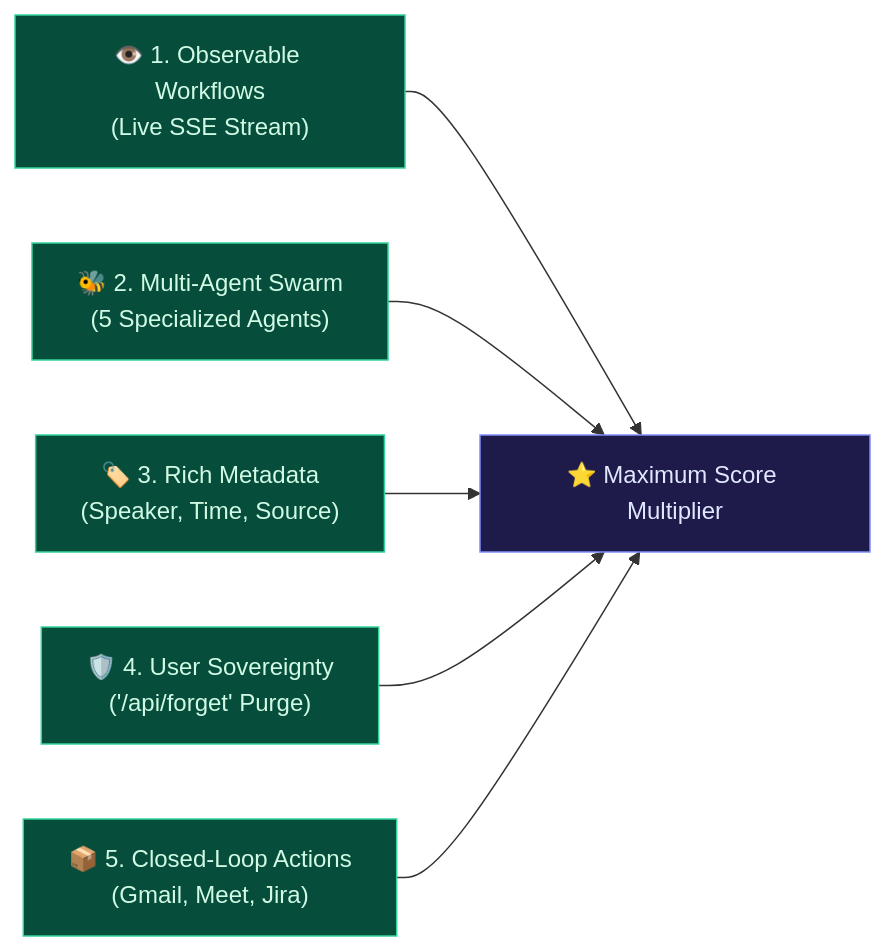
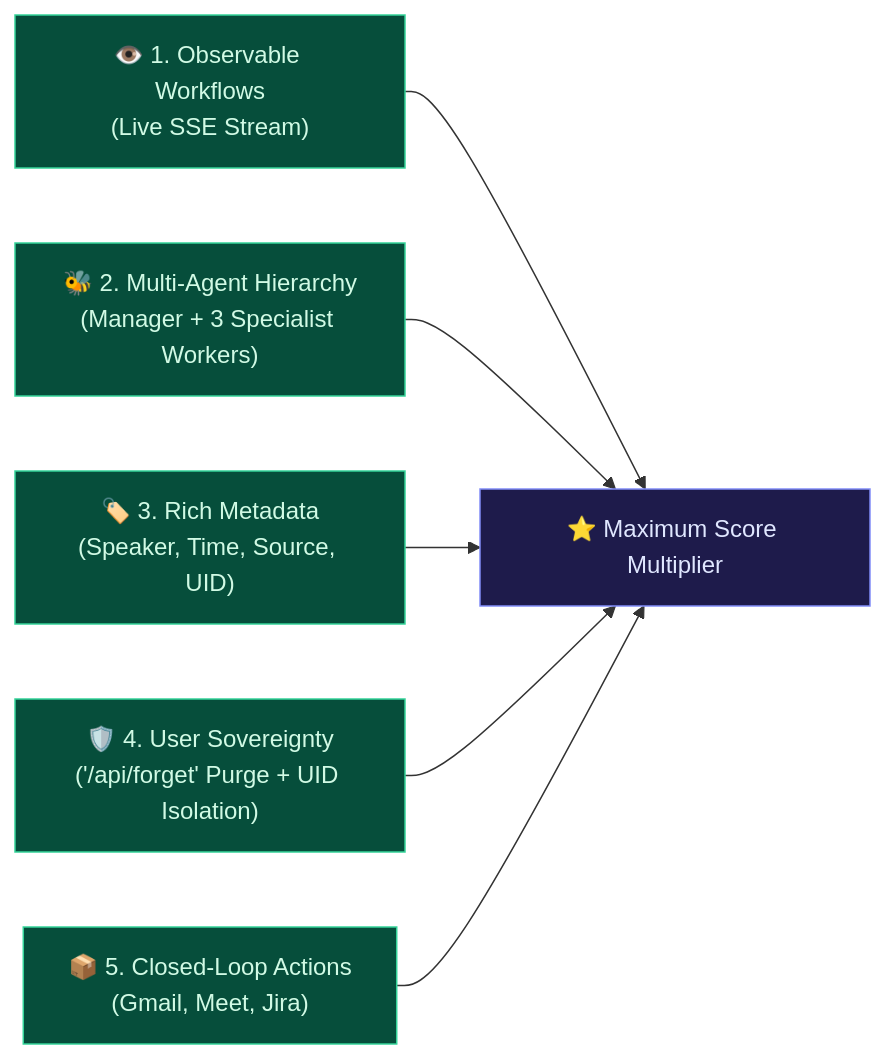
The diagram in docs/TRACK_1_ANALYSIS.md (masood-mashu/omimind-agent), drawn with Mermaid before and after one commit. The commit also changed other lines of this file and 14 other files, not shown here.

First line of the commit message:
feat(lyzr): integrate verified Lyzr Manager multi-agent hierarchy and async webhooks

````diff
--- a/docs/TRACK_1_ANALYSIS.md
+++ b/docs/TRACK_1_ANALYSIS.md
@@ -42,13 +41,13 @@
 ```mermaid
 flowchart LR
     A["👁️ 1. Observable Workflows<br/>(Live SSE Stream)"] --> Score["⭐ Maximum Score Multiplier"]
-    B["🐝 2. Multi-Agent Swarm<br/>(5 Specialized Agents)"] --> Score
-    C["🏷️ 3. Rich Metadata<br/>(Speaker, Time, Source)"] --> Score
-    D["🛡️ 4. User Sovereignty<br/>('/api/forget' Purge)"] --> Score
+    B["🐝 2. Multi-Agent Hierarchy<br/>(Manager + 3 Specialist Workers)"] --> Score
+    C["🏷️ 3. Rich Metadata<br/>(Speaker, Time, Source, UID)"] --> Score
+    D["🛡️ 4. User Sovereignty<br/>('/api/forget' Purge + UID Isolation)"] --> Score
     E["📦 5. Closed-Loop Actions<br/>(Gmail, Meet, Jira)"] --> Score
 
     classDef feat fill:#064e3b,stroke:#34d399,color:#d1fae5;
     classDef target fill:#1e1b4b,stroke:#818cf8,color:#e0e7ff;
     class A,B,C,D,E feat;
     class Score target;
 ```
````
